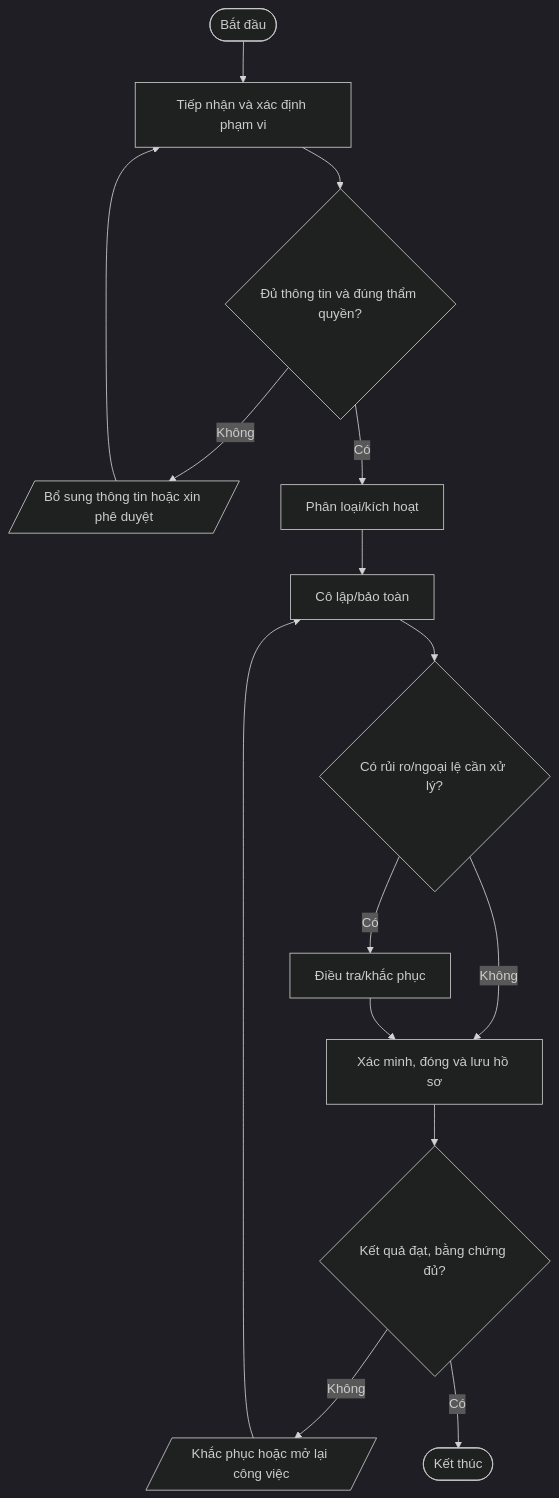
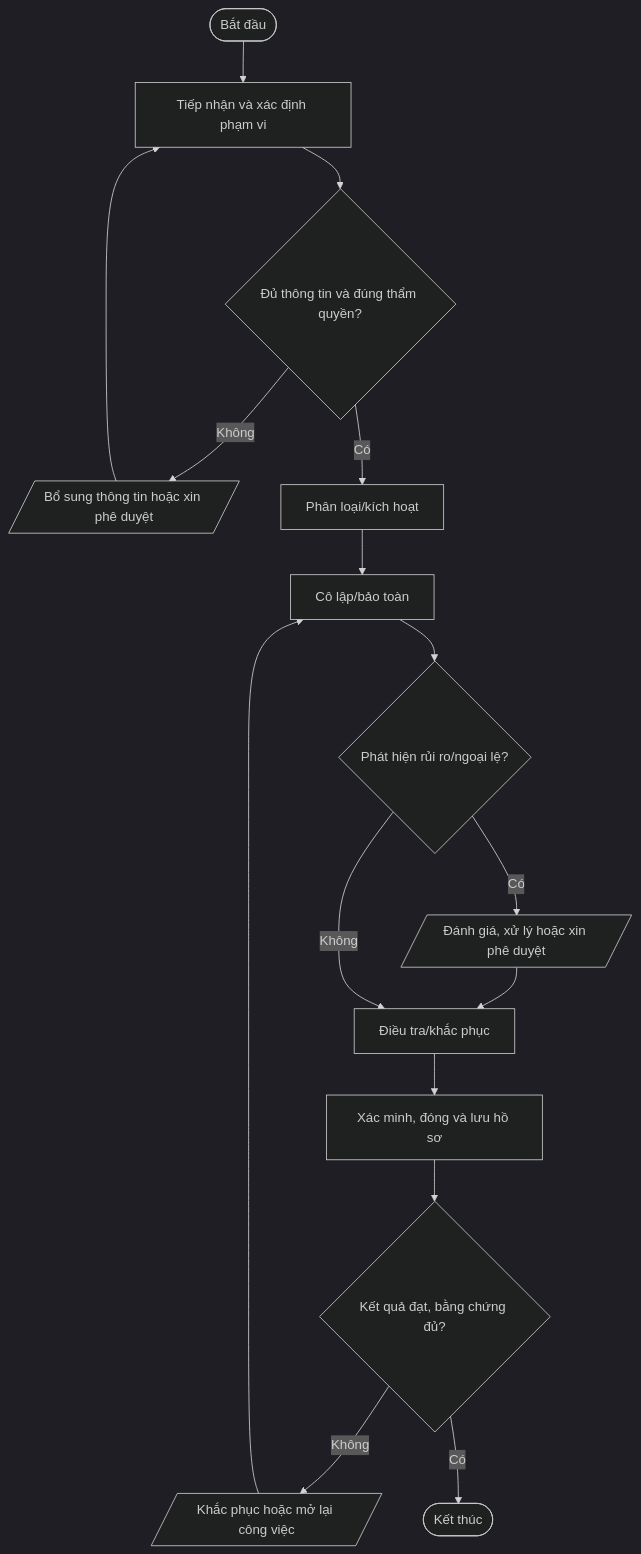
The fifth of 11 diagrams in quy-trinh/03-An-toan-thong-tin/README.md (daoaigiangnam/Quy_Trinh_Chuan), drawn with Mermaid (dark theme) before and after one commit. The commit also changed other lines of this file, not shown here.

Commit message:
docs: correct procedure flowchart decision paths

````diff
--- a/quy-trinh/03-An-toan-thong-tin/README.md
+++ b/quy-trinh/03-An-toan-thong-tin/README.md
@@ -409,17 +413,18 @@
 ```mermaid
 flowchart TD
   A([Bắt đầu]) --> S1["Tiếp nhận và xác định phạm vi"]
   S1 --> D1{"Đủ thông tin và đúng thẩm quyền?"}
   D1 -- Không --> F1[/"Bổ sung thông tin hoặc xin phê duyệt"/]
   F1 --> S1
   D1 -- Có --> S2["Phân loại/kích hoạt"]
   S2 --> S3["Cô lập/bảo toàn"]
-  S3 --> D2{"Có rủi ro/ngoại lệ cần xử lý?"}
-  D2 -- Có --> S4["Điều tra/khắc phục"]
-  D2 -- Không --> S5["Xác minh, đóng và lưu hồ sơ"]
-  S4 --> S5
+  S3 --> D2{"Phát hiện rủi ro/ngoại lệ?"}
+  D2 -- Có --> RISK[/"Đánh giá, xử lý hoặc xin phê duyệt"/]
+  RISK --> S4["Điều tra/khắc phục"]
+  D2 -- Không --> S4
+  S4 --> S5["Xác minh, đóng và lưu hồ sơ"]
   S5 --> D3{"Kết quả đạt, bằng chứng đủ?"}
   D3 -- Không --> R[/"Khắc phục hoặc mở lại công việc"/]
   R --> S3
   D3 -- Có --> Z([Kết thúc])
 ```
````
